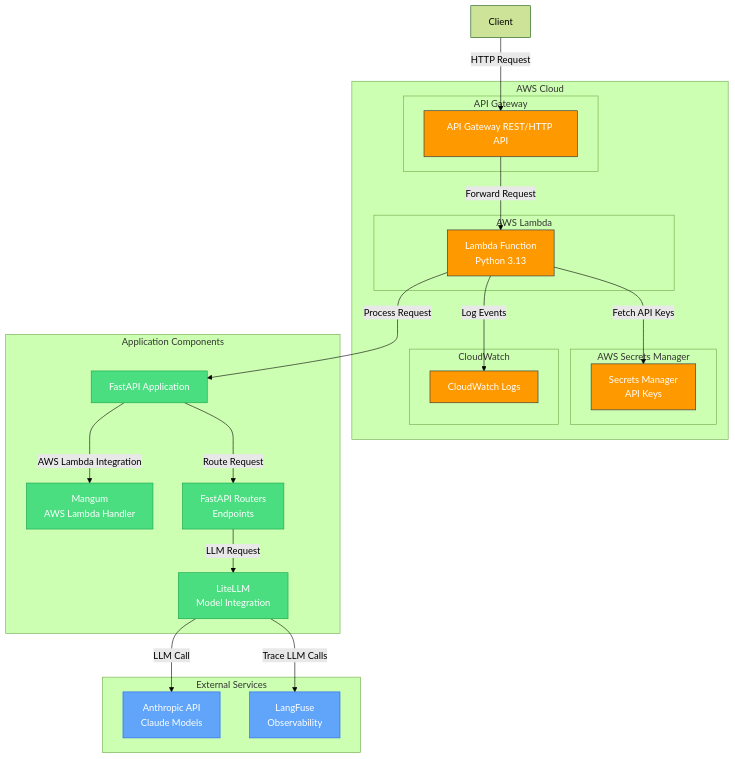
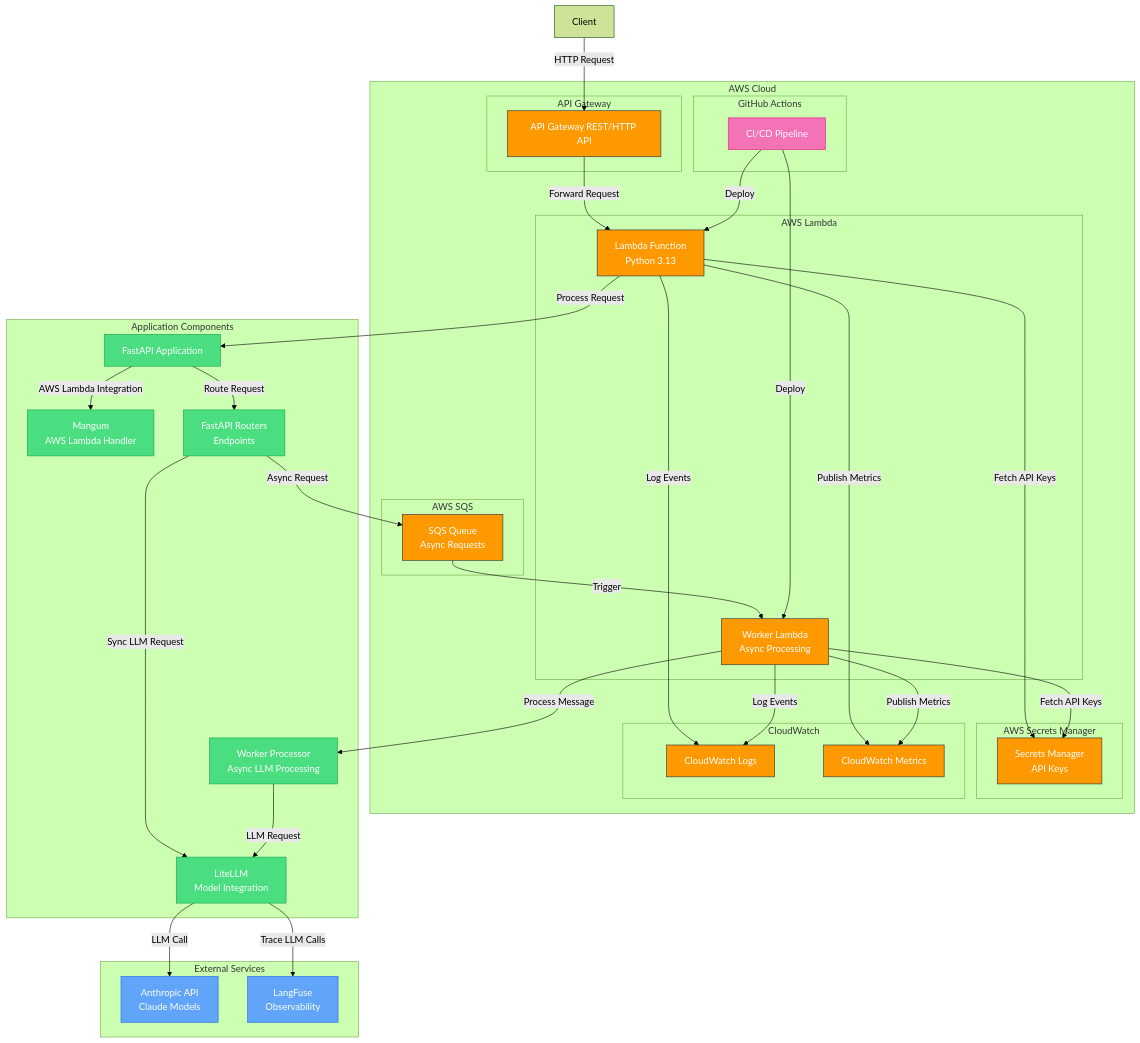
One commit to yorrickjansen/gen-ai-on-aws changed the diagram in README.md. Above: the diagram before and after it, drawn with Mermaid (forest theme). The commit also changed other lines of this file, not shown here.

````diff
--- a/README.md
+++ b/README.md
@@ -18,51 +21,74 @@
 ```mermaid
 graph TB
     subgraph "AWS Cloud"
         subgraph "API Gateway"
             api[API Gateway REST/HTTP API]
         end
         
         subgraph "AWS Lambda"
             lambda[Lambda Function<br>Python 3.13]
+            worker[Worker Lambda<br>Async Processing]
         end
         
         subgraph "AWS Secrets Manager"
             secrets[Secrets Manager<br>API Keys]
         end
         
+        subgraph "AWS SQS"
+            sqs[SQS Queue<br>Async Requests]
+        end
+        
         subgraph "CloudWatch"
             logs[CloudWatch Logs]
+            metrics[CloudWatch Metrics]
+        end
+        
+        subgraph "GitHub Actions"
+            cicd[CI/CD Pipeline]
         end
     end
     
     subgraph "External Services"
         anthropic[Anthropic API<br>Claude Models]
         langfuse[LangFuse<br>Observability]
     end
     
     subgraph "Application Components"
         app[FastAPI Application]
         litellm[LiteLLM<br>Model Integration]
         mangum[Mangum<br>AWS Lambda Handler]
         routers[FastAPI Routers<br>Endpoints]
+        processor[Worker Processor<br>Async LLM Processing]
     end
     
     client[Client] -->|HTTP Request| api
     api -->|Forward Request| lambda
     lambda -->|Log Events| logs
     lambda -->|Process Request| app
     app -->|Route Request| routers
-    routers -->|LLM Request| litellm
+    routers -->|Sync LLM Request| litellm
+    routers -->|Async Request| sqs
+    sqs -->|Trigger| worker
+    worker -->|Process Message| processor
+    processor -->|LLM Request| litellm
     litellm -->|LLM Call| anthropic
     lambda -->|Fetch API Keys| secrets
+    worker -->|Fetch API Keys| secrets
     litellm -->|Trace LLM Calls| langfuse
     app -->|AWS Lambda Integration| mangum
+    lambda -->|Publish Metrics| metrics
+    worker -->|Publish Metrics| metrics
+    worker -->|Log Events| logs
+    cicd -->|Deploy| lambda
+    cicd -->|Deploy| worker
     
     classDef aws fill:#FF9900,stroke:#232F3E,color:white;
     classDef ext fill:#60A5FA,stroke:#2563EB,color:white;
     classDef app fill:#4ADE80,stroke:#16A34A,color:white;
+    classDef cicd fill:#F472B6,stroke:#DB2777,color:white;
     
-    class api,lambda,secrets,logs aws;
+    class api,lambda,worker,secrets,logs,metrics,sqs aws;
     class anthropic,langfuse ext;
-    class app,litellm,mangum,routers app;
+    class app,litellm,mangum,routers,processor app;
+    class cicd cicd;
 ```
````
